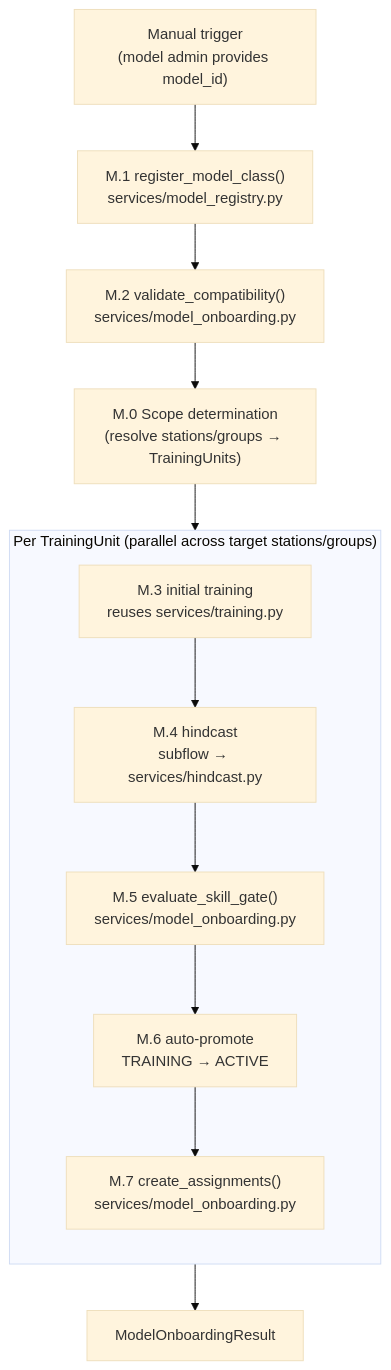
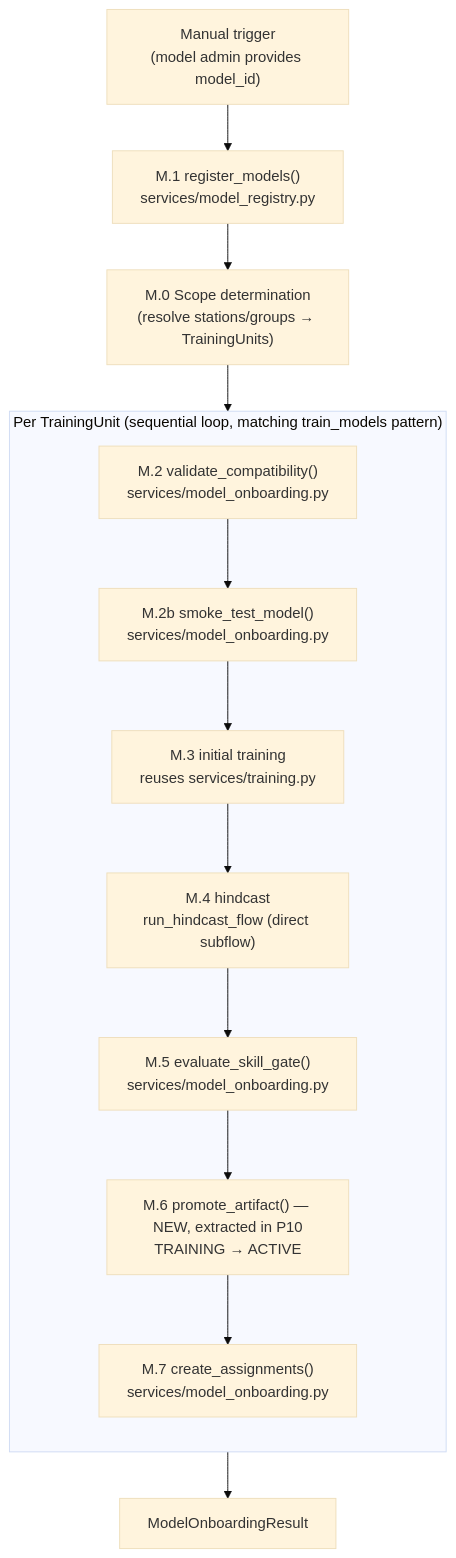
The diagram in docs/design/v0-flow13-model-onboarding.md (hydrosolutions/SAPPHIRE_flow), drawn with Mermaid (base theme) before and after one commit. The commit also changed other lines of this file and 41 other files, not shown here.

````diff
--- a/docs/design/v0-flow13-model-onboarding.md
+++ b/docs/design/v0-flow13-model-onboarding.md
@@ -30,23 +31,23 @@
 ```mermaid
 flowchart TD
     trigger["Manual trigger\n(model admin provides model_id)"]
 
-    m1["M.1 register_model_class()\nservices/model_registry.py"]
-    m2["M.2 validate_compatibility()\nservices/model_onboarding.py"]
-
+    m1["M.1 register_models()\nservices/model_registry.py"]
     scope["M.0 Scope determination<br/>(resolve stations/groups → TrainingUnits)"]
 
-    subgraph PerUnit ["Per TrainingUnit (parallel across target stations/groups)"]
+    subgraph PerUnit ["Per TrainingUnit (sequential loop, matching train_models pattern)"]
         direction TB
+        m2["M.2 validate_compatibility()\nservices/model_onboarding.py"]
+        m2b["M.2b smoke_test_model()\nservices/model_onboarding.py"]
         m3["M.3 initial training\nreuses services/training.py"]
-        m4["M.4 hindcast\nsubflow → services/hindcast.py"]
+        m4["M.4 hindcast\nrun_hindcast_flow (direct subflow)"]
         m5["M.5 evaluate_skill_gate()\nservices/model_onboarding.py"]
-        m6["M.6 auto-promote\nTRAINING → ACTIVE"]
+        m6["M.6 promote_artifact() — NEW, extracted in P10\nTRAINING → ACTIVE"]
         m7["M.7 create_assignments()\nservices/model_onboarding.py"]
-        m3 --> m4 --> m5 --> m6 --> m7
+        m2 --> m2b --> m3 --> m4 --> m5 --> m6 --> m7
     end
 
     result["ModelOnboardingResult"]
 
-    trigger --> m1 --> m2 --> scope --> PerUnit --> result
+    trigger --> m1 --> scope --> PerUnit --> result
 ```
````
